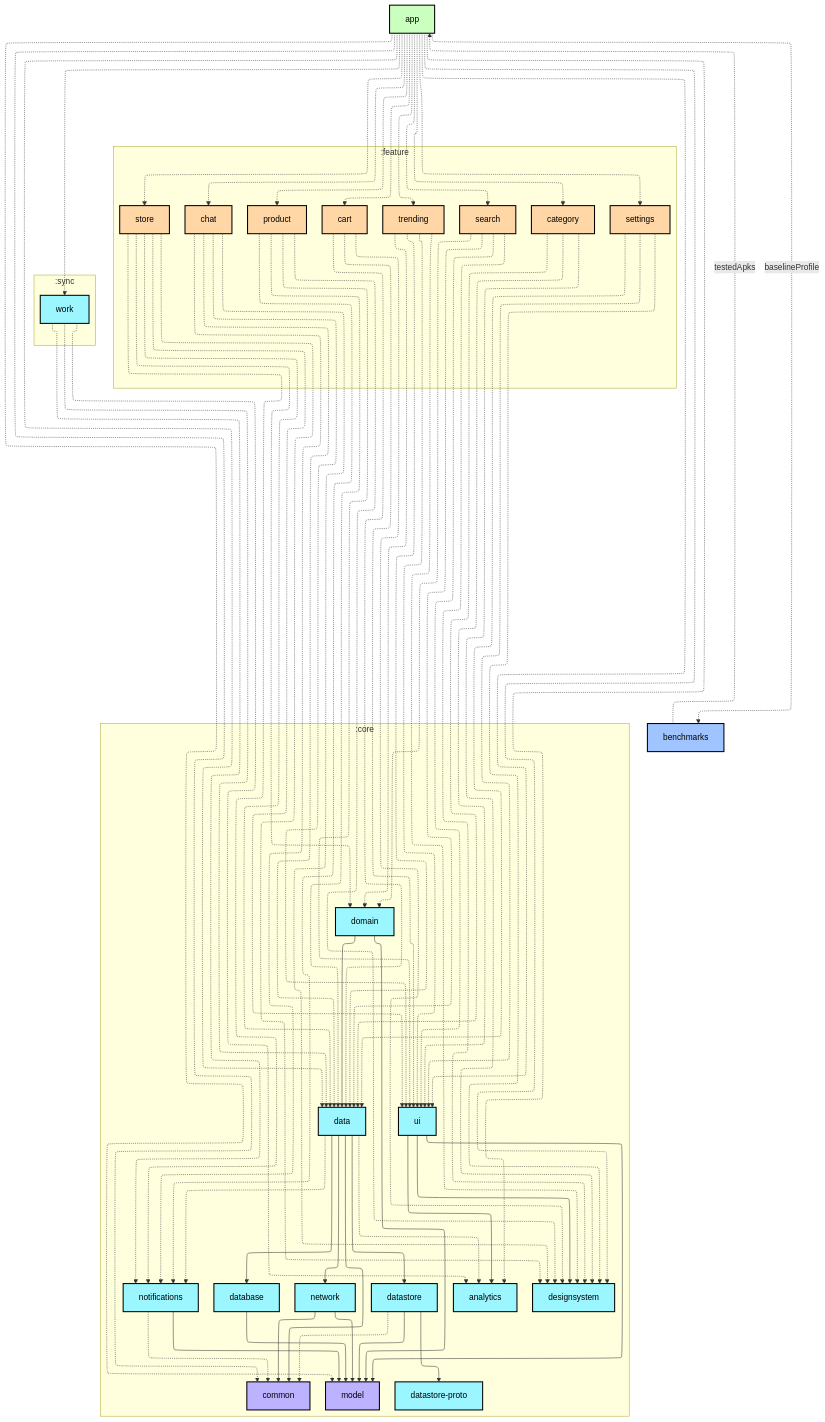
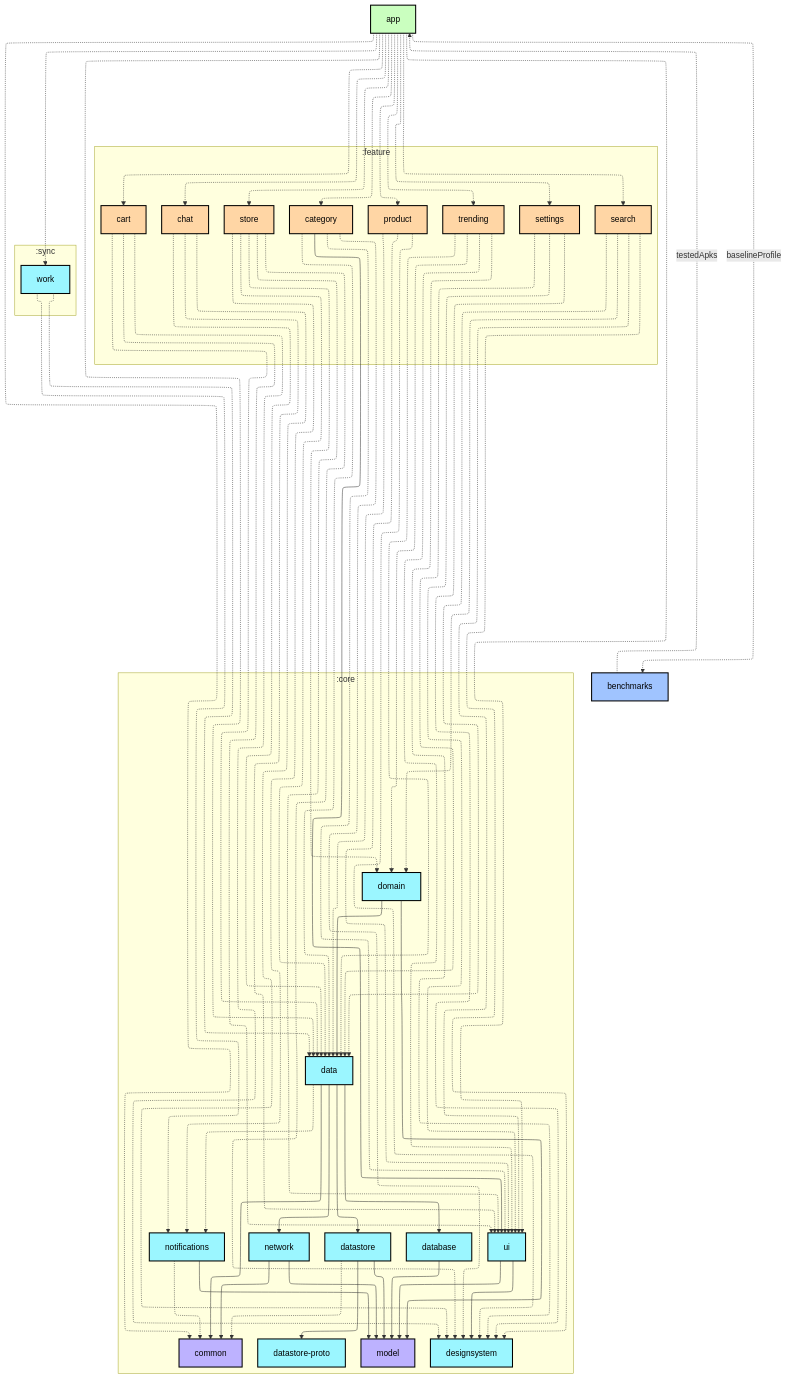
The first of 2 diagrams in app/README.md (AshishMK/JetUpdates), drawn with Mermaid before and after one commit. The commit also changed 15 other files, not shown here.

Commit message:
🤖 Updates graphs

```diff
--- a/app/README.md
+++ b/app/README.md
@@ -13,7 +13,6 @@
 graph TB
   subgraph :core
     direction TB
-    :core:analytics[analytics]:::android-library
     :core:common[common]:::jvm-library
     :core:data[data]:::android-library
     :core:database[database]:::android-library
@@ -29,13 +28,13 @@
   subgraph :feature
     direction TB
     :feature:cart[cart]:::android-feature
+    :feature:category[category]:::android-feature
+    :feature:chat[chat]:::android-feature
+    :feature:product[product]:::android-feature
+    :feature:search[search]:::android-feature
+    :feature:settings[settings]:::android-feature
     :feature:store[store]:::android-feature
     :feature:trending[trending]:::android-feature
-    :feature:search[search]:::android-feature
-    :feature:settings[settings]:::android-feature
-    :feature:category[category]:::android-feature
-    :feature:product[product]:::android-feature
-    :feature:chat[chat]:::android-feature
   end
   subgraph :sync
     direction TB
@@ -45,23 +44,19 @@
   :app[app]:::android-application
 
   :app -.->|baselineProfile| :benchmarks
-  :app -.-> :core:analytics
   :app -.-> :core:common
   :app -.-> :core:data
-  :app -.-> :core:designsystem
-  :app -.-> :core:model
   :app -.-> :core:ui
   :app -.-> :feature:cart
-  :app -.-> :feature:store
-  :app -.-> :feature:trending
-  :app -.-> :feature:search
-  :app -.-> :feature:settings
   :app -.-> :feature:category
   :app -.-> :feature:chat
   :app -.-> :feature:product
+  :app -.-> :feature:search
+  :app -.-> :feature:settings
+  :app -.-> :feature:store
+  :app -.-> :feature:trending
   :app -.-> :sync:work
   :benchmarks -.->|testedApks| :app
-  :core:data -.-> :core:analytics
   :core:data --> :core:common
   :core:data --> :core:database
   :core:data --> :core:datastore
@@ -77,29 +72,21 @@
   :core:network --> :core:model
   :core:notifications -.-> :core:common
   :core:notifications --> :core:model
-  :core:ui --> :core:analytics
   :core:ui --> :core:designsystem
   :core:ui --> :core:model
   :feature:cart -.-> :core:data
   :feature:cart -.-> :core:designsystem
   :feature:cart -.-> :core:ui
-  :feature:store -.-> :core:data
-  :feature:store -.-> :core:designsystem
-  :feature:store -.-> :core:domain
-  :feature:store -.-> :core:notifications
-  :feature:store -.-> :core:ui
+  :feature:category -.-> :core:data
+  :feature:category -.-> :core:designsystem
+  :feature:category --> :core:ui
+  :feature:category -.-> :core:ui
+  :feature:chat -.-> :core:data
   :feature:chat -.-> :core:designsystem
-  :feature:chat -.-> :core:data
-  :feature:chat -.-> :core:notifications
   :feature:chat -.-> :core:ui
+  :feature:product -.-> :core:data
   :feature:product -.-> :core:designsystem
-  :feature:product -.-> :core:data
-  :feature:product -.-> :core:notifications
   :feature:product -.-> :core:ui
-  :feature:trending -.-> :core:data
-  :feature:trending -.-> :core:designsystem
-  :feature:trending -.-> :core:domain
-  :feature:trending -.-> :core:ui
   :feature:search -.-> :core:data
   :feature:search -.-> :core:designsystem
   :feature:search -.-> :core:domain
@@ -107,10 +94,15 @@
   :feature:settings -.-> :core:data
   :feature:settings -.-> :core:designsystem
   :feature:settings -.-> :core:ui
-  :feature:category -.-> :core:data
-  :feature:category -.-> :core:designsystem
-  :feature:category -.-> :core:ui
-  :sync:work -.-> :core:analytics
+  :feature:store -.-> :core:data
+  :feature:store -.-> :core:designsystem
+  :feature:store -.-> :core:domain
+  :feature:store -.-> :core:notifications
+  :feature:store -.-> :core:ui
+  :feature:trending -.-> :core:data
+  :feature:trending -.-> :core:designsystem
+  :feature:trending -.-> :core:domain
+  :feature:trending -.-> :core:ui
   :sync:work -.-> :core:data
   :sync:work -.-> :core:notifications
 
```
